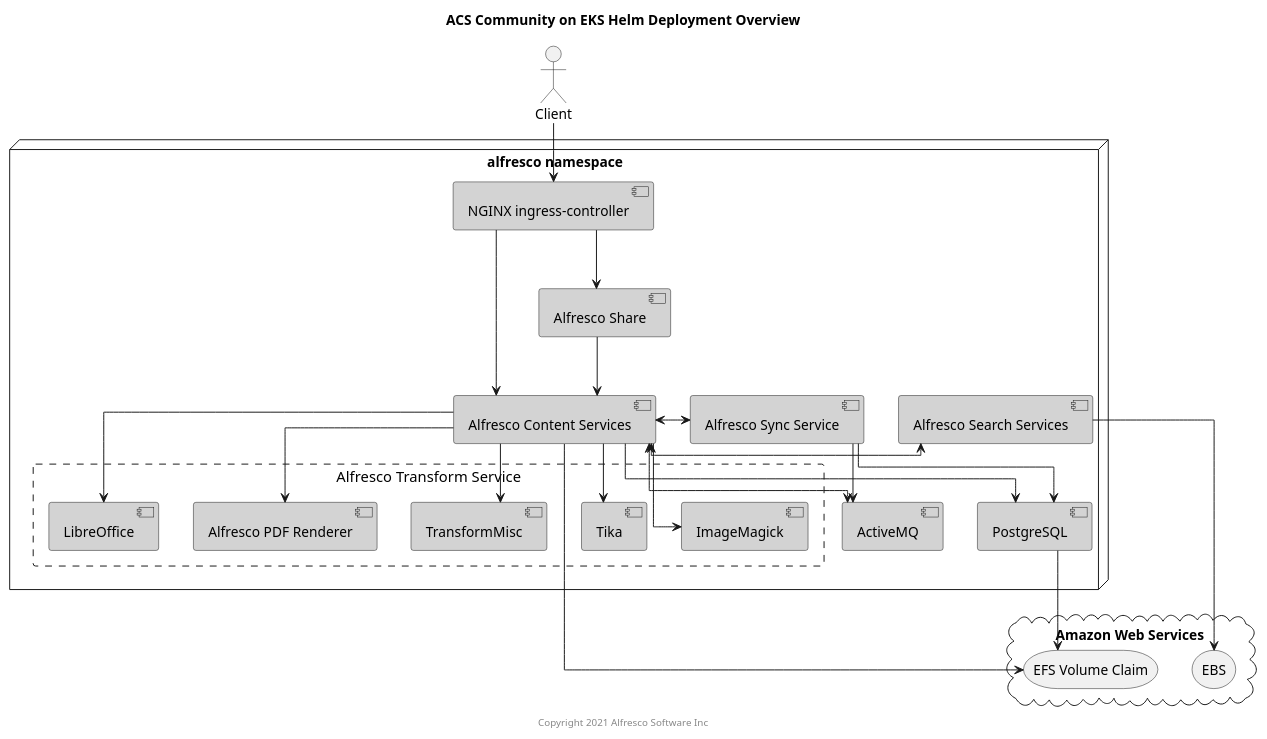
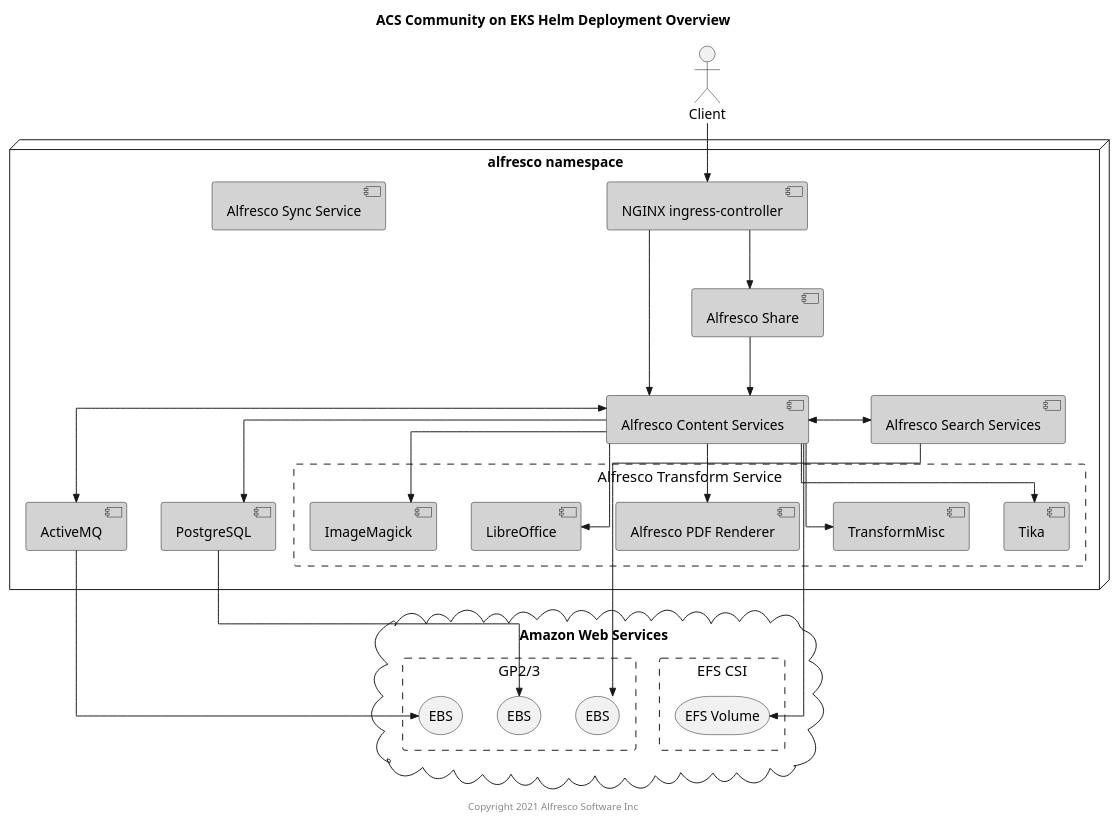
The diagram in docs/helm/diagrams/helm-eks-community.puml (Alfresco/acs-deployment), drawn with PlantUML before and after one commit. The commit also changed 8 other files, not shown here.

Commit message:
amend puml diagrams

```diff
--- a/docs/helm/diagrams/helm-eks-community.puml
+++ b/docs/helm/diagrams/helm-eks-community.puml
@@ -1,62 +1,64 @@
 @startuml
 
 Title: ACS Community on EKS Helm Deployment Overview
 
 skinparam componentStyle uml2
 skinparam linetype ortho
 skinparam rectangle {
     BorderStyle dashed
     FontSize 15
     FontStyle none
 }
 
 actor Client
 
 node "alfresco namespace" {
     component "NGINX ingress-controller" as nginx #lightgrey
     component "Alfresco Content Services" as acs #lightgrey
     component "Alfresco Search Services" as ass #lightgrey
     component "Alfresco Sync Service" as sync #lightgrey
     component "PostgreSQL" as psql #lightgrey
     component "Alfresco Share" as share #lightgrey
     component "ActiveMQ" as amq #lightgrey
     rectangle "Alfresco Transform Service" {
         component "Alfresco PDF Renderer" as pdfr #lightgrey
         component "LibreOffice" as libr #lightgrey
         component "ImageMagick" as img #lightgrey
         component "Tika" as tika #lightgrey
         component "TransformMisc" as misc #lightgrey
     }
 }
 
 cloud "Amazon Web Services" {
-    storage "EBS" as ebs
-    storage "EFS Volume Claim" as vc
+    rectangle "GP2/3" {
+        storage "EBS" as ebs1
+        storage "EBS" as ebs2
+        storage "EBS" as ebs3
+    }
+    rectangle "EFS CSI" {
+        storage "EFS Volume" as vc
+    }
 }
+Client -->> nginx
 
-Client --> nginx
+nginx -->> acs
+nginx -->> share
 
-nginx --> acs
-nginx --> share
+acs -->> vc
+psql -->> ebs1
+ass -->> ebs2
+amq -->> ebs3
 
-acs --> vc
-psql --> vc
-ass --> ebs
-
-ass <-left-> acs
-acs --> psql
-acs --> pdfr
-acs --> libr
-acs --> img
-acs --> tika
-acs --> misc
-acs <--> amq
-share --> acs
-
-sync <-left-> acs
-sync --> psql
-sync --> amq
+ass <<->> acs
+acs -->> psql
+acs -->> pdfr
+acs -->> libr
+acs -->> img
+acs -->> tika
+acs -->> misc
+acs <<-->> amq
+share -->> acs
 
 center footer Copyright 2021 Alfresco Software Inc
 
 @enduml
```
